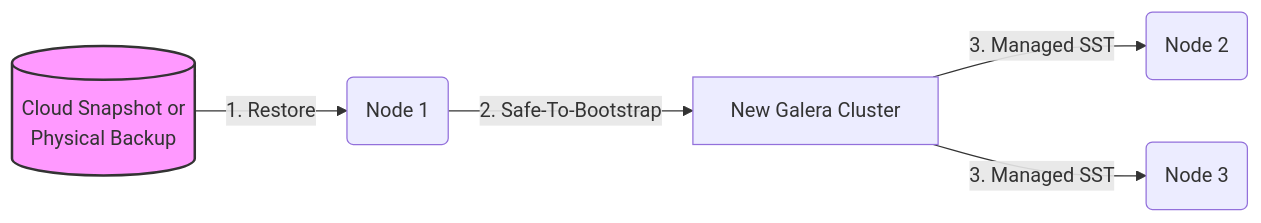
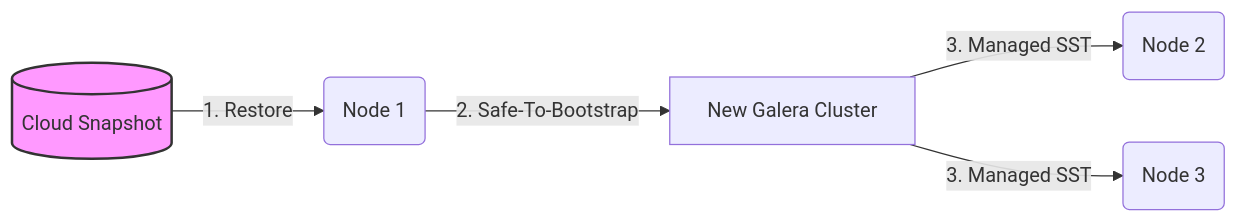
The fourth of 4 diagrams in mariadb-cloud/quickstart/mariadb-cloud-galera-clusters.md (mariadb-corporation/mariadb-docs), drawn with Mermaid before and after one commit. The commit also changed other lines of this file, not shown here.

````diff
--- a/mariadb-cloud/quickstart/mariadb-cloud-galera-clusters.md
+++ b/mariadb-cloud/quickstart/mariadb-cloud-galera-clusters.md
@@ -167,9 +173,9 @@
 ```mermaid
 flowchart LR
-    Snap[("Cloud Snapshot or<br>Physical Backup")] -->|1. Restore| N1("Node 1")
+    Snap[("Cloud Snapshot")] -->|1. Restore| N1("Node 1")
     N1 -->|2. Safe-To-Bootstrap| C["New Galera Cluster"]
     C -->|3. Managed SST| N2("Node 2")
     C -->|3. Managed SST| N3("Node 3")
     
     style Snap fill:#f9f,stroke:#333,stroke-width:2px
 ```
````
